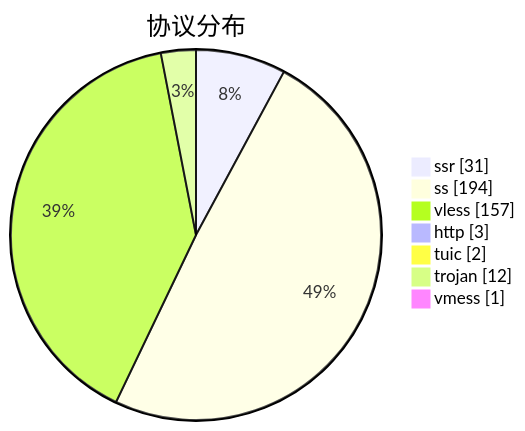
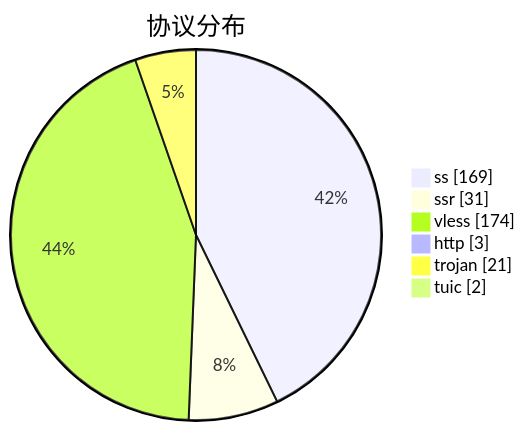
Before and after one commit to qjlxg/airport: the third of 3 diagrams in subs/statistics/tested_within.md, drawn with Mermaid. The commit also changed other lines of this file and 2 other files, not shown here.

````diff
--- a/subs/statistics/tested_within.md
+++ b/subs/statistics/tested_within.md
@@ -33,11 +35,10 @@
 ```mermaid
 pie showData
 title 协议分布
+"ss" : 169
 "ssr" : 31
-"ss" : 194
-"vless" : 157
+"vless" : 174
 "http" : 3
+"trojan" : 21
 "tuic" : 2
-"trojan" : 12
-"vmess" : 1
 ```
````
